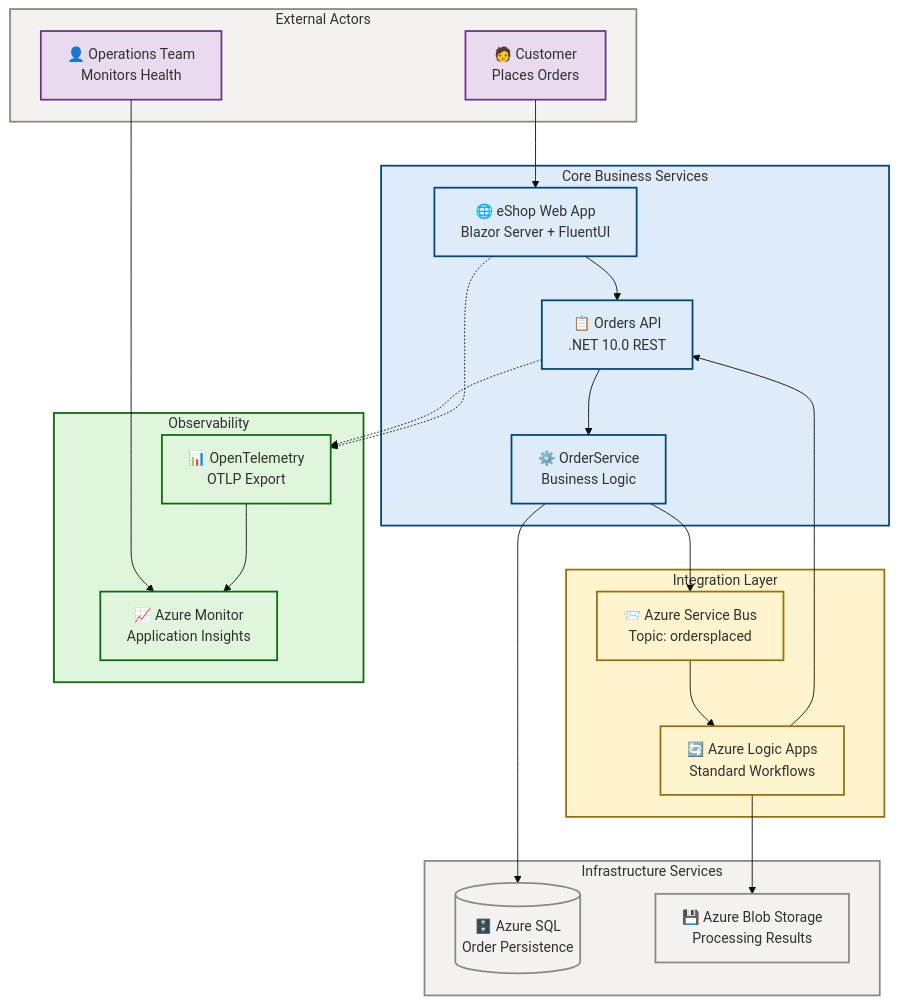
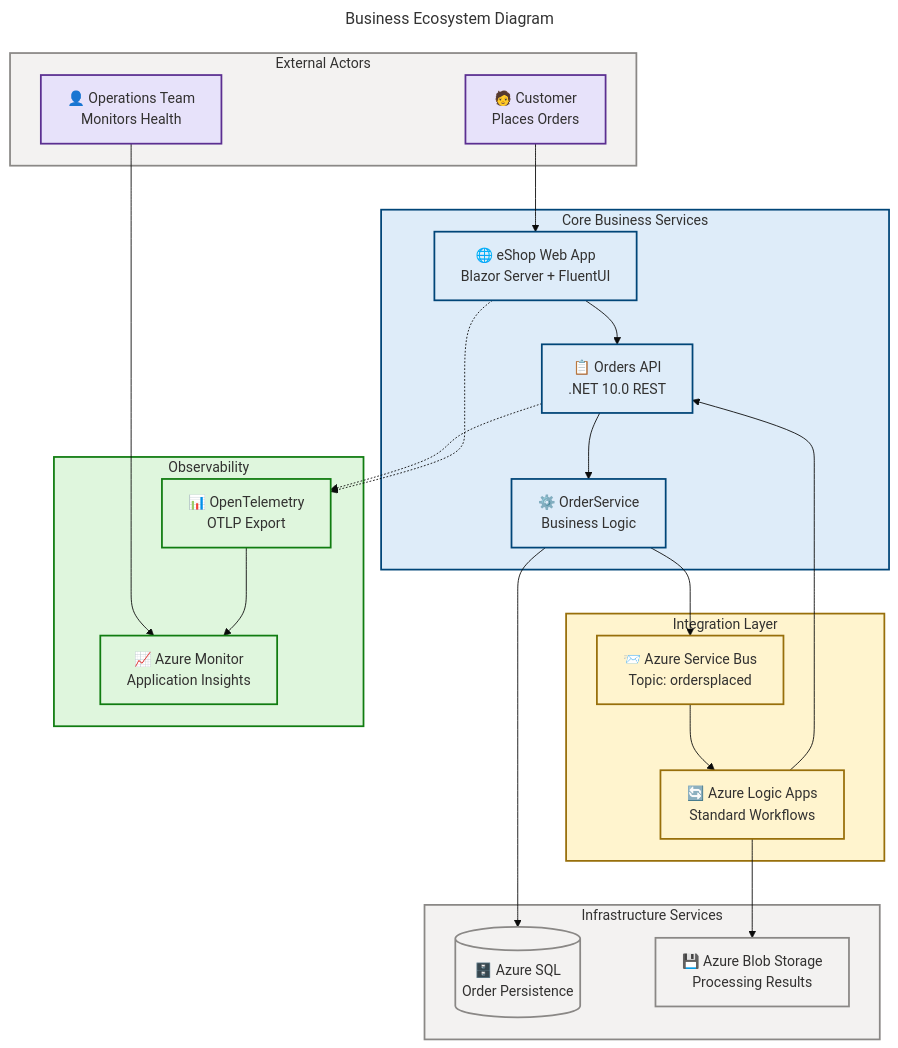
Before and after one commit to Evilazaro/Azure-LogicApps-Monitoring: the fourth of 13 diagrams in docs/architecture/Business-Layer-Architecture.md, drawn with Mermaid. The commit also changed other lines of this file, not shown here.

Commit message:
docs: update mermaid diagrams for improved clarity and consistency in Business Architecture documentation

````diff
--- a/docs/architecture/Business-Layer-Architecture.md
+++ b/docs/architecture/Business-Layer-Architecture.md
@@ -224,73 +231,76 @@
 ```mermaid
 ---
+title: "Business Ecosystem Diagram"
 config:
   theme: base
+  themeVariables:
+    fontSize: '16px'
 ---
 graph TB
     accTitle: Business Ecosystem Diagram
     accDescr: Shows the eShop Order Management platform within its broader ecosystem including external actors, core services, infrastructure services, and observability layer
 
     %% ═══════════════════════════════════════════════════════════════
     %% AZURE / FLUENT ARCHITECTURE PATTERN v1.1
     %% Generated: 2026-02-18T10:30:00Z
     %% Layer: Business
     %% Components: 11
     %% ═══════════════════════════════════════════════════════════════
 
     subgraph external ["External Actors"]
         customer["🧑 Customer<br/>Places Orders"]
         ops["👤 Operations Team<br/>Monitors Health"]
     end
 
     subgraph core ["Core Business Services"]
         webapp["🌐 eShop Web App<br/>Blazor Server + FluentUI"]
         api["📋 Orders API<br/>.NET 10.0 REST"]
         orderSvc["⚙️ OrderService<br/>Business Logic"]
     end
 
     subgraph integration ["Integration Layer"]
         sb["📨 Azure Service Bus<br/>Topic: ordersplaced"]
         la["🔄 Azure Logic Apps<br/>Standard Workflows"]
     end
 
     subgraph infra ["Infrastructure Services"]
         sql[("🗄️ Azure SQL<br/>Order Persistence")]
         blob["💾 Azure Blob Storage<br/>Processing Results"]
     end
 
     subgraph observability ["Observability"]
         otel["📊 OpenTelemetry<br/>OTLP Export"]
         monitor["📈 Azure Monitor<br/>Application Insights"]
     end
 
     customer --> webapp
     ops --> monitor
     webapp --> api
     api --> orderSvc
     orderSvc --> sql
     orderSvc --> sb
     sb --> la
     la --> api
     la --> blob
     otel --> monitor
     api -.-> otel
     webapp -.-> otel
 
     style external fill:#F3F2F1,stroke:#8A8886,stroke-width:2px,color:#323130
     style core fill:#DEECF9,stroke:#004578,stroke-width:2px,color:#323130
     style integration fill:#FFF4CE,stroke:#986F0B,stroke-width:2px,color:#323130
     style infra fill:#F3F2F1,stroke:#8A8886,stroke-width:2px,color:#323130
-    style observability fill:#DFF6DD,stroke:#0B6A0B,stroke-width:2px,color:#323130
+    style observability fill:#DFF6DD,stroke:#107C10,stroke-width:2px,color:#323130
 
-    classDef actorStyle fill:#E8DAEF,stroke:#6C3483,stroke-width:2px,color:#323130
+    classDef actorStyle fill:#E7E2FA,stroke:#5B2F91,stroke-width:2px,color:#323130
     classDef serviceStyle fill:#DEECF9,stroke:#004578,stroke-width:2px,color:#323130
     classDef integrationStyle fill:#FFF4CE,stroke:#986F0B,stroke-width:2px,color:#323130
     classDef infraStyle fill:#F3F2F1,stroke:#8A8886,stroke-width:2px,color:#323130
-    classDef otelStyle fill:#DFF6DD,stroke:#0B6A0B,stroke-width:2px,color:#323130
+    classDef otelStyle fill:#DFF6DD,stroke:#107C10,stroke-width:2px,color:#323130
 
     class customer,ops actorStyle
     class webapp,api,orderSvc serviceStyle
     class sb,la integrationStyle
     class sql,blob infraStyle
     class otel,monitor otelStyle
 ```
````
